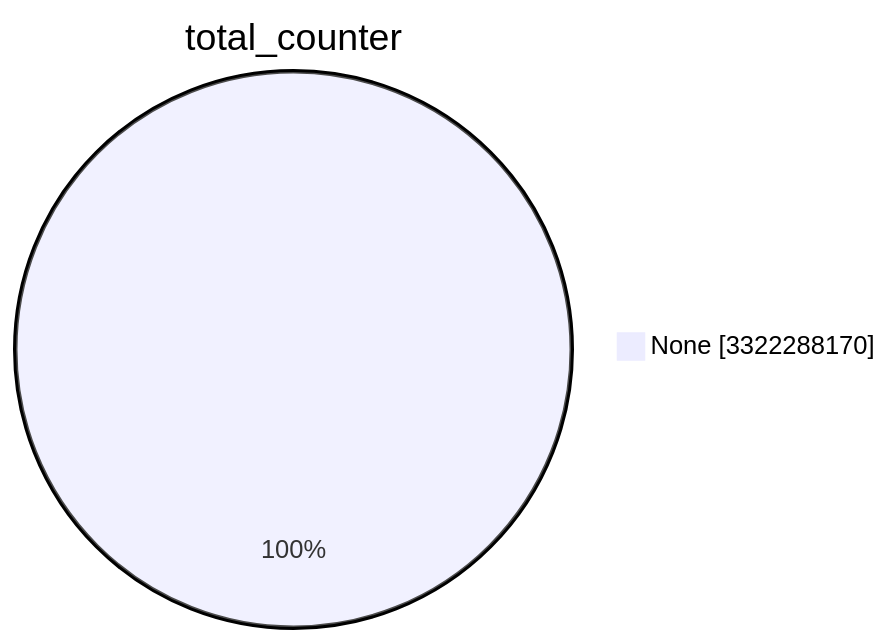
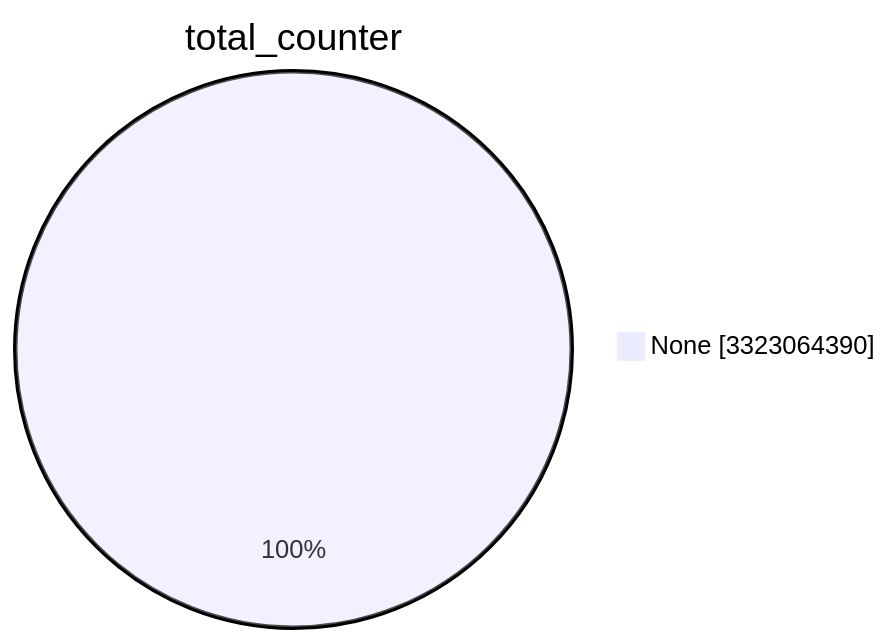
Before and after one commit to christiankrug/ctmonitor_visualization: the first of 15 diagrams in TOTAL/README.md, drawn with Mermaid. The commit also changed other lines of this file, not shown here.

````diff
--- a/TOTAL/README.md
+++ b/TOTAL/README.md
@@ -1,5 +1,5 @@
 ```mermaid
 pie showData
 title total_counter
-"None" :3322288170
+"None" :3323064390
 ```
````
